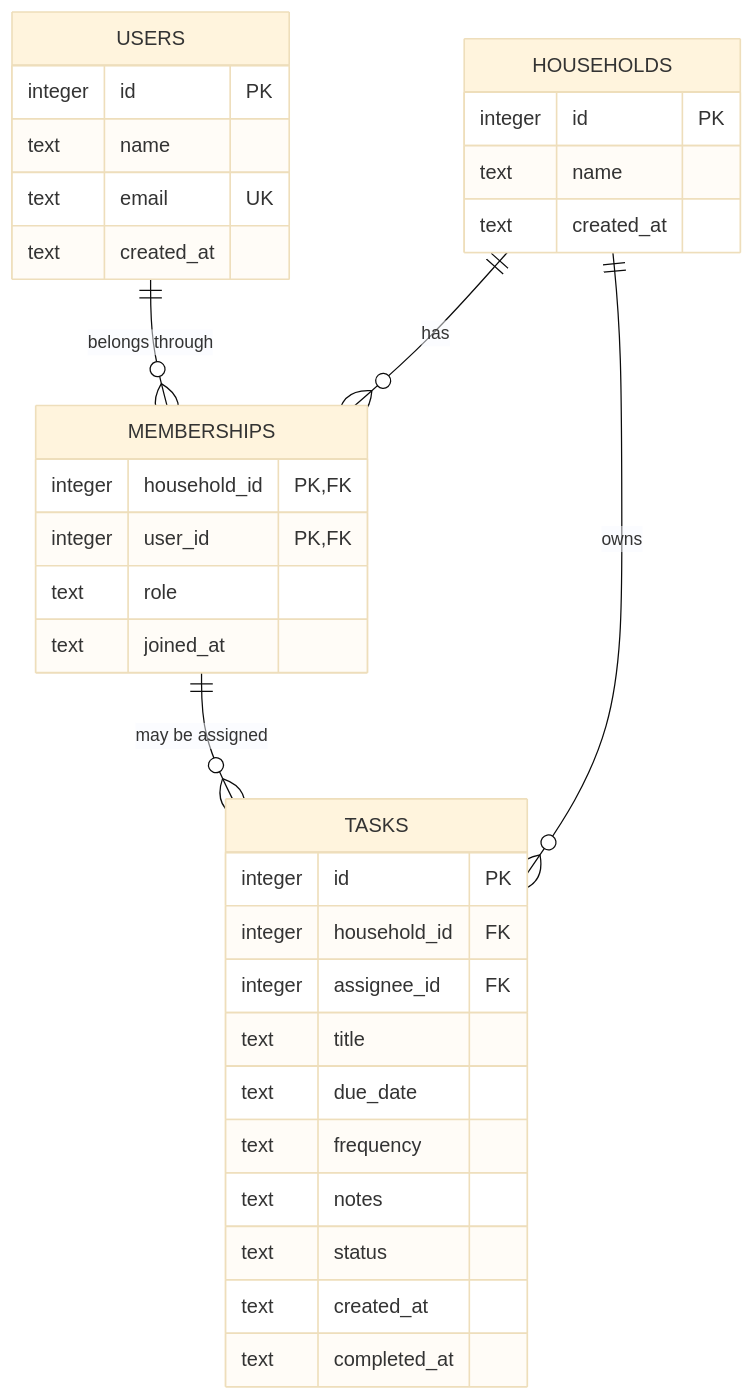
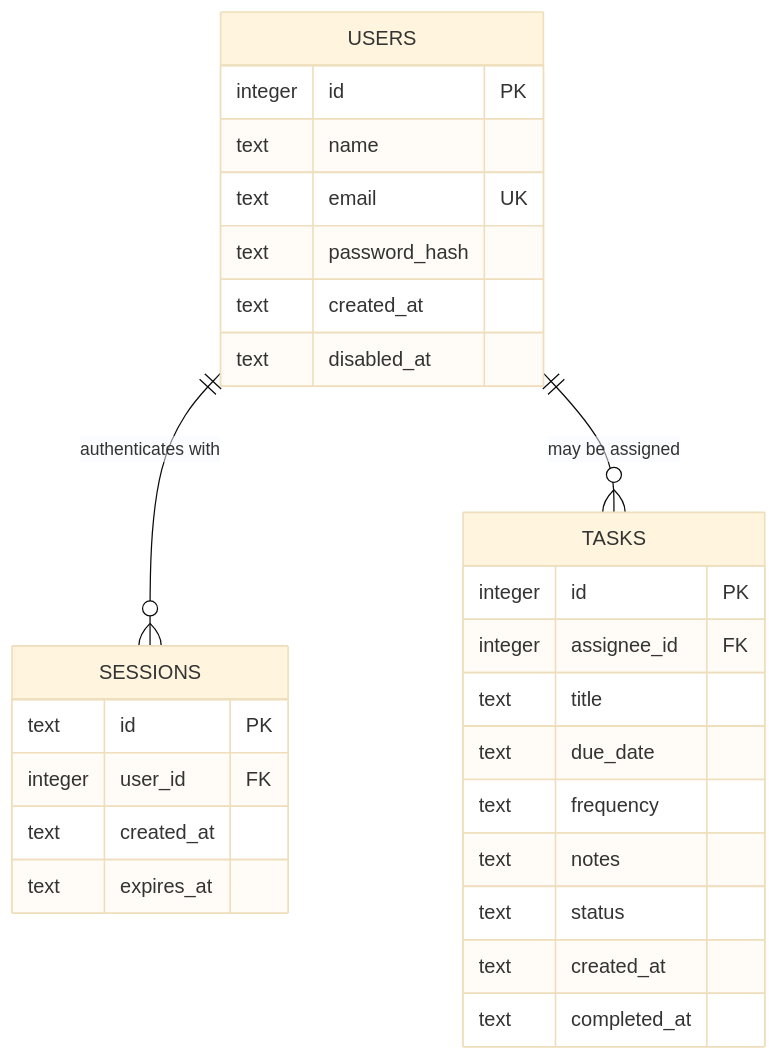
One commit to ashermargolis1988/bayit-mesudar changed the diagram in docs/DATA_MODEL.md. Above: the diagram before and after it, drawn with Mermaid (base theme). The commit also changed other lines of this file and 10 other files, not shown here.

````diff
--- a/docs/DATA_MODEL.md
+++ b/docs/DATA_MODEL.md
@@ -24,40 +19,33 @@
 ```mermaid
 erDiagram
-    USERS ||--o{ MEMBERSHIPS : "belongs through"
-    HOUSEHOLDS ||--o{ MEMBERSHIPS : "has"
-    HOUSEHOLDS ||--o{ TASKS : "owns"
-    MEMBERSHIPS ||--o{ TASKS : "may be assigned"
+    USERS ||--o{ SESSIONS : "authenticates with"
+    USERS ||--o{ TASKS : "may be assigned"
 
     USERS {
         integer id PK
         text name
         text email UK
+        text password_hash
         text created_at
+        text disabled_at
     }
 
-    HOUSEHOLDS {
-        integer id PK
-        text name
+    SESSIONS {
+        text id PK
+        integer user_id FK
         text created_at
-    }
-
-    MEMBERSHIPS {
-        integer household_id PK,FK
-        integer user_id PK,FK
-        text role
-        text joined_at
+        text expires_at
     }
 
     TASKS {
         integer id PK
-        integer household_id FK
         integer assignee_id FK
         text title
         text due_date
         text frequency
         text notes
         text status
         text created_at
         text completed_at
     }
 ```
````
